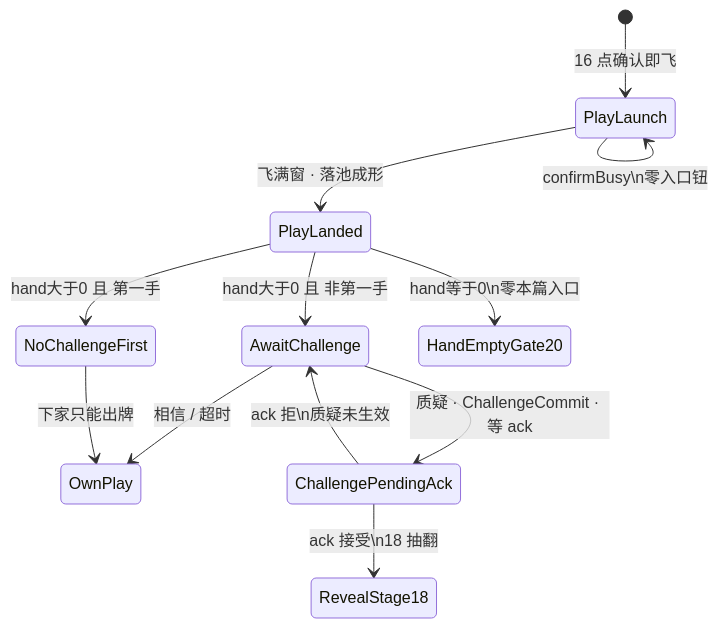
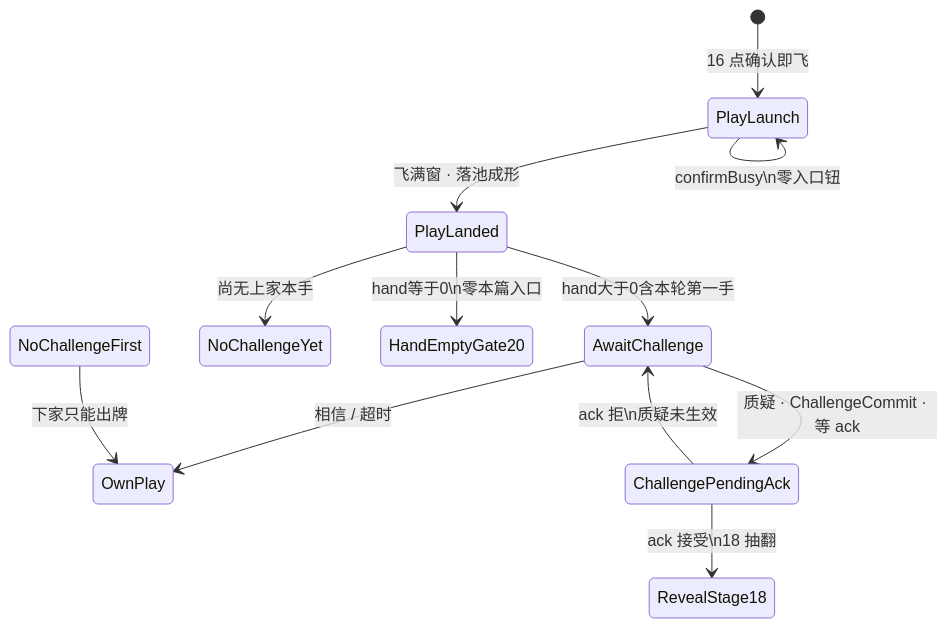
The diagram in docs/04-设计/17-局内质疑入口规格.md (xubin0903/LiarBar), drawn with Mermaid before and after one commit. The commit also changed other lines of this file and 1 other file, not shown here.

````diff
--- a/docs/04-设计/17-局内质疑入口规格.md
+++ b/docs/04-设计/17-局内质疑入口规格.md
@@ -106,14 +106,14 @@
 ```mermaid
 stateDiagram-v2
   [*] --> PlayLaunch: 16 点确认即飞
   PlayLaunch --> PlayLanded: 飞满窗 · 落池成形
   PlayLaunch --> PlayLaunch: confirmBusy\n零入口钮
-  PlayLanded --> AwaitChallenge: hand大于0 且 非第一手
-  PlayLanded --> NoChallengeFirst: hand大于0 且 第一手
+  PlayLanded --> AwaitChallenge: hand大于0含本轮第一手
+  PlayLanded --> NoChallengeYet: 尚无上家本手
   PlayLanded --> HandEmptyGate20: hand等于0\n零本篇入口
   AwaitChallenge --> OwnPlay: 相信 / 超时
   AwaitChallenge --> ChallengePendingAck: 质疑 · ChallengeCommit · 等 ack
   ChallengePendingAck --> RevealStage18: ack 接受\n18 抽翻
   ChallengePendingAck --> AwaitChallenge: ack 拒\n质疑未生效
   NoChallengeFirst --> OwnPlay: 下家只能出牌
 ```
````
